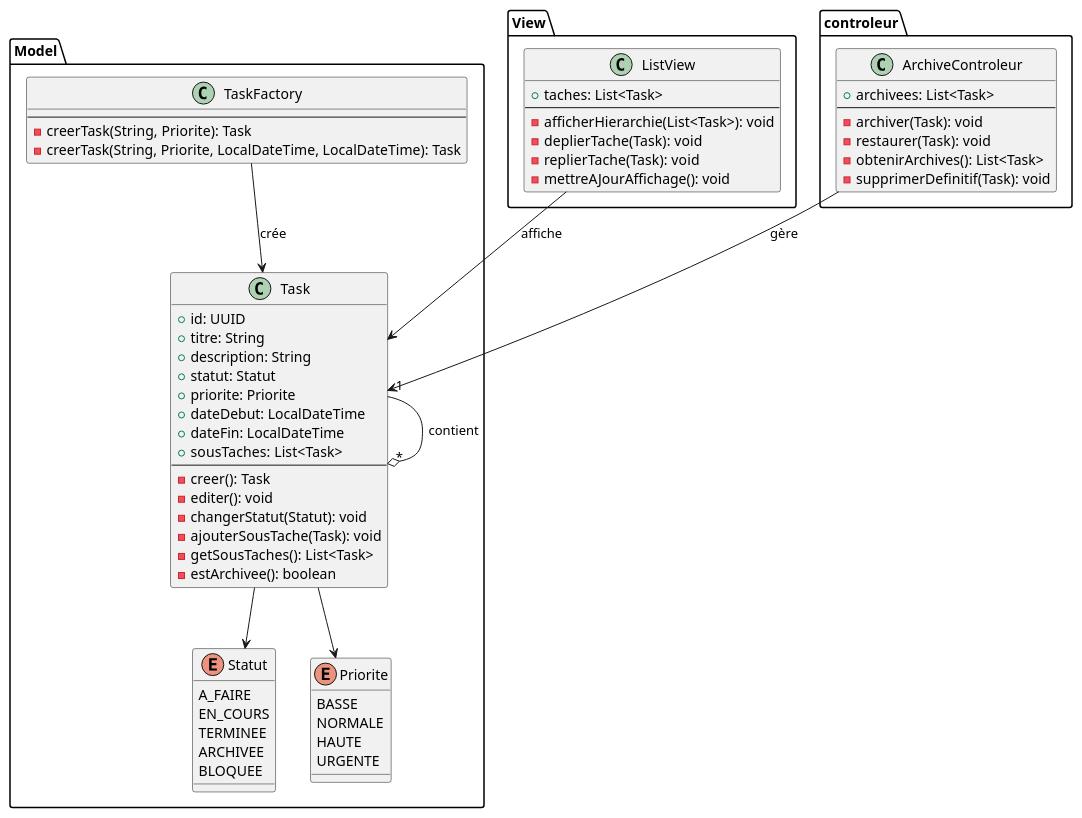
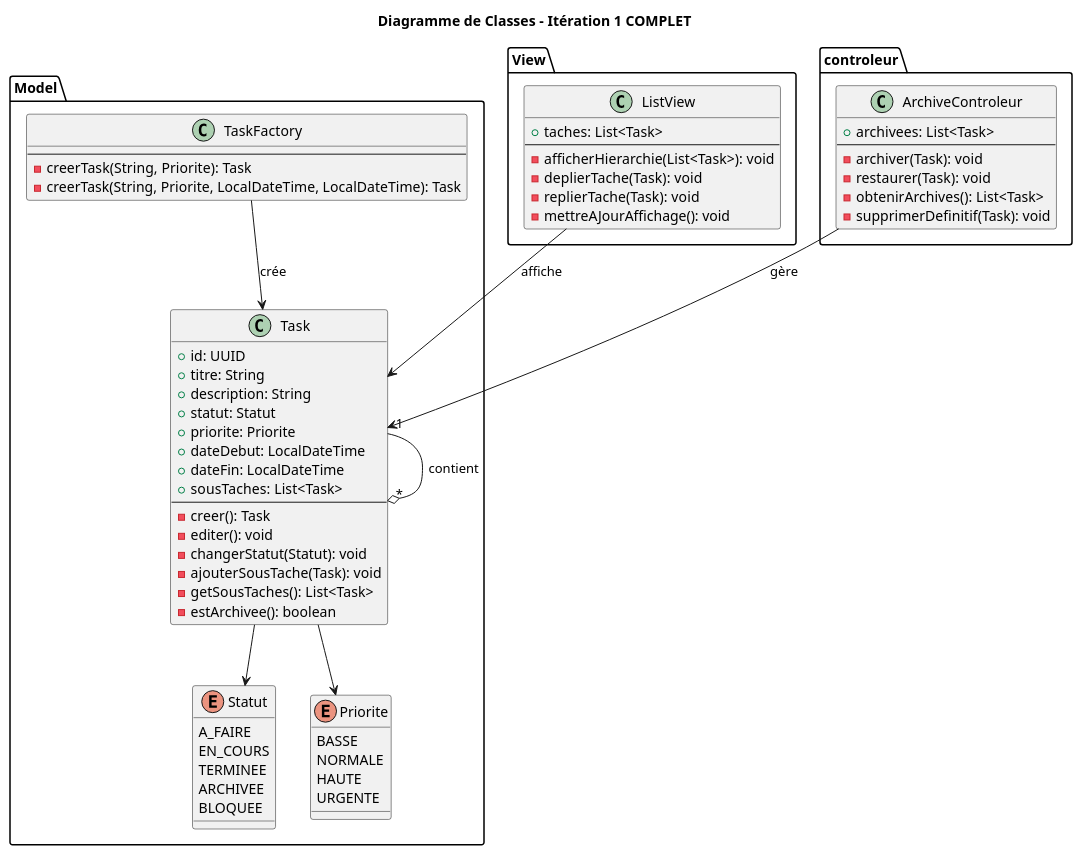
One commit to LeVraiKenan/SAE_3_01 changed the diagram in Document/Iteration_1/DiagrammeClasse.puml. Above: the diagram before and after it, drawn with PlantUML. The commit also changed 2 other files, not shown here.

Commit message:
Ajout diagramme sequence composite et creer

```diff
--- a/Document/Iteration_1/DiagrammeClasse.puml
+++ b/Document/Iteration_1/DiagrammeClasse.puml
@@ -1,78 +1,79 @@
-@startuml Diagramme de Classes - Itération 1 COMPLET
+@startuml
+Title Diagramme de Classes - Itération 1 COMPLET
 
 package "Model" {
 
     enum Statut {
         A_FAIRE
         EN_COURS
         TERMINEE
         ARCHIVEE
         BLOQUEE
     }
 
     enum Priorite {
         BASSE
         NORMALE
         HAUTE
         URGENTE
     }
 
     class Task {
         + id: UUID
         + titre: String
         + description: String
         + statut: Statut
         + priorite: Priorite
         + dateDebut: LocalDateTime
         + dateFin: LocalDateTime
         + sousTaches: List<Task>
         --
         - creer(): Task
         - editer(): void
         - changerStatut(Statut): void
         - ajouterSousTache(Task): void
         - getSousTaches(): List<Task>
         - estArchivee(): boolean
     }
 
     class TaskFactory {
         --
         - creerTask(String, Priorite): Task
         - creerTask(String, Priorite, LocalDateTime, LocalDateTime): Task
     }
 
     Task "1" --o "*" Task : contient
     Task --> Statut
     Task --> Priorite
     TaskFactory --> Task : crée
 }
 
 package "View" {
 
     class ListView {
         + taches: List<Task>
         --
         - afficherHierarchie(List<Task>): void
         - deplierTache(Task): void
         - replierTache(Task): void
         - mettreAJourAffichage(): void
     }
 
     ListView --> Task : affiche
 }
 
 package "controleur" {
 
     class ArchiveControleur {
         + archivees: List<Task>
         --
         - archiver(Task): void
         - restaurer(Task): void
         - obtenirArchives(): List<Task>
         - supprimerDefinitif(Task): void
     }
 
     ArchiveControleur --> Task : gère
 }
 
 @enduml
```
